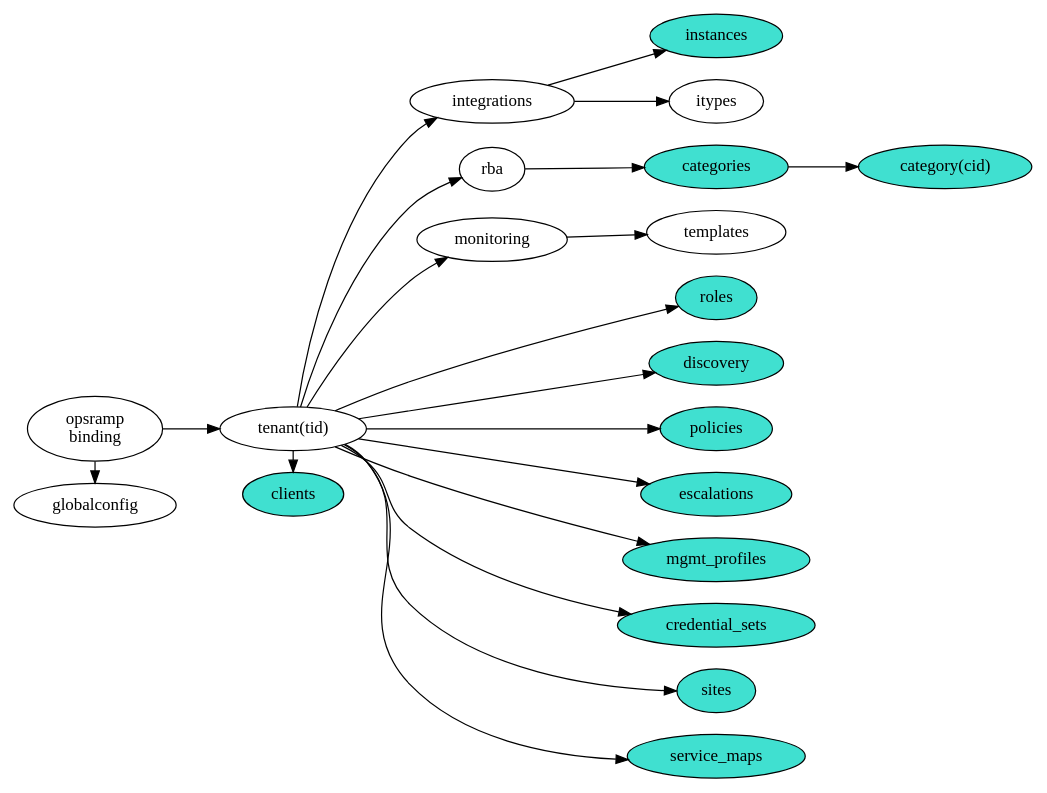
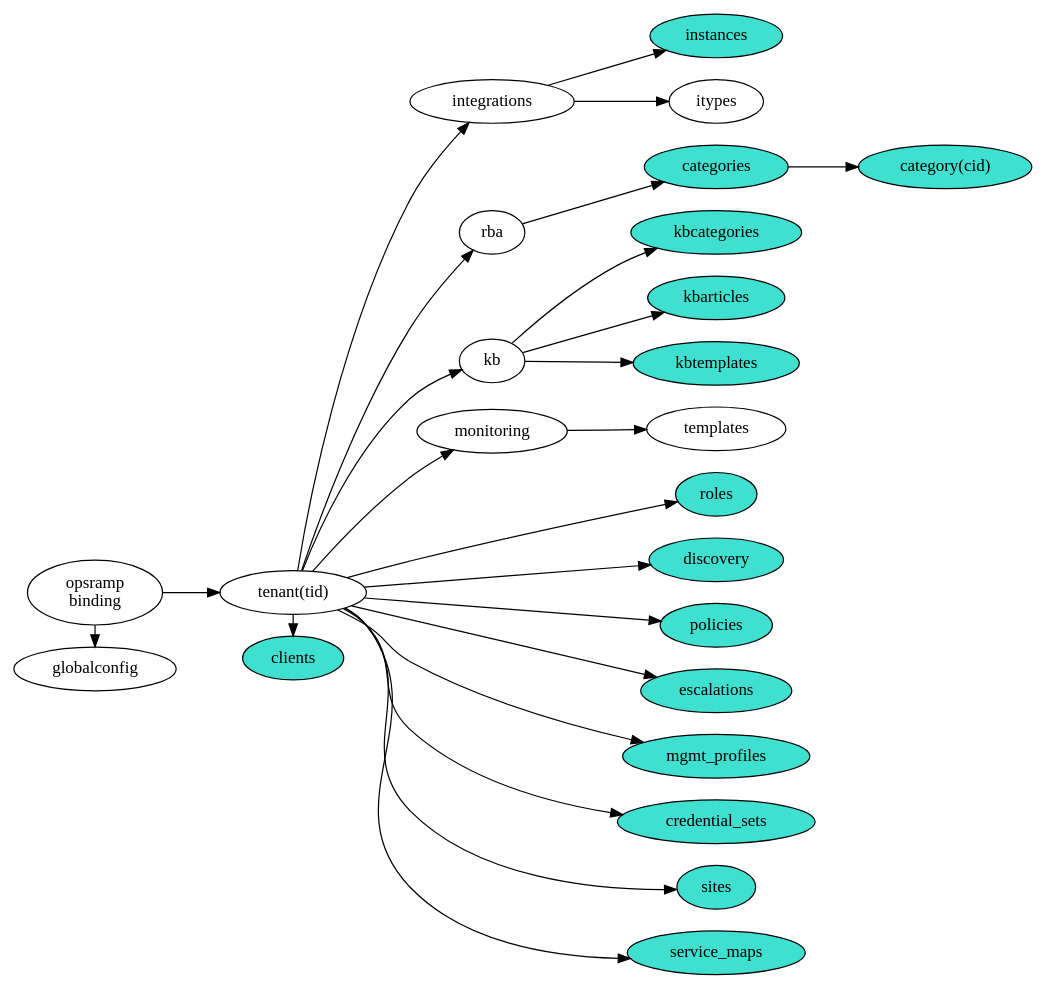
One commit to HewlettPackard/python-opsramp changed the diagram in classes.dot. Above: the diagram before and after it, drawn with Graphviz. The commit also changed 5 other files, not shown here.

```diff
--- a/classes.dot
+++ b/classes.dot
@@ -1,46 +1,52 @@
 # classes.dot
 # An input file for graphviz that produces a diagram of the relationship
 # between the various classes in the python-opsramp language binding.
 #
-# (c) Copyright 2019 Hewlett Packard Enterprise Development LP
+# (c) Copyright 2019-2020 Hewlett Packard Enterprise Development LP
 #
 # Licensed under the Apache License, Version 2.0 (the "License");
 # you may not use this file except in compliance with the License.
 # You may obtain a copy of the License at
 #
 #     http://www.apache.org/licenses/LICENSE-2.0
 #
 # Unless required by applicable law or agreed to in writing, software
 # distributed under the License is distributed on an "AS IS" BASIS,
 # WITHOUT WARRANTIES OR CONDITIONS OF ANY KIND, either express or implied.
 # See the License for the specific language governing permissions and
 # limitations under the License.
 #
 digraph {
   rankdir="LR";
   binding -> { globalconfig tenant }
-  tenant -> { clients integrations rba monitoring roles discovery policies escalations mgmt_profiles credential_sets sites service_maps }
+  tenant -> { clients integrations rba kb monitoring roles discovery policies escalations mgmt_profiles credential_sets sites service_maps }
   rba -> categories
   categories -> category
   monitoring -> templates
   integrations -> { instances itypes }
+  kb -> kbcategories
+  kb -> kbarticles
+  kb -> kbtemplates
 
   { rank=same binding globalconfig }
   { rank=same tenant clients }
   { rank=same categories templates policies itypes instances discovery credential_sets roles escalations mgmt_profiles sites service_maps }
 
   binding [label="opsramp\nbinding"]
   tenant [label="tenant(tid)"]
   category [label="category(cid)" style="filled" fillcolor="turquoise"]
   instances [style="filled" fillcolor="turquoise"]
   categories [style="filled" fillcolor="turquoise"]
   policies [style="filled" fillcolor="turquoise"]
   clients [style="filled" fillcolor="turquoise"]
   discovery [style="filled" fillcolor="turquoise"]
   credential_sets [style="filled" fillcolor="turquoise"]
   roles [style="filled" fillcolor="turquoise"]
   escalations [style="filled" fillcolor="turquoise"]
   mgmt_profiles [style="filled" fillcolor="turquoise"]
   sites [style="filled" fillcolor="turquoise"]
   service_maps [style="filled" fillcolor="turquoise"]
+  kbcategories [style="filled" fillcolor="turquoise"]
+  kbarticles [style="filled" fillcolor="turquoise"]
+  kbtemplates [style="filled" fillcolor="turquoise"]
 }
```
